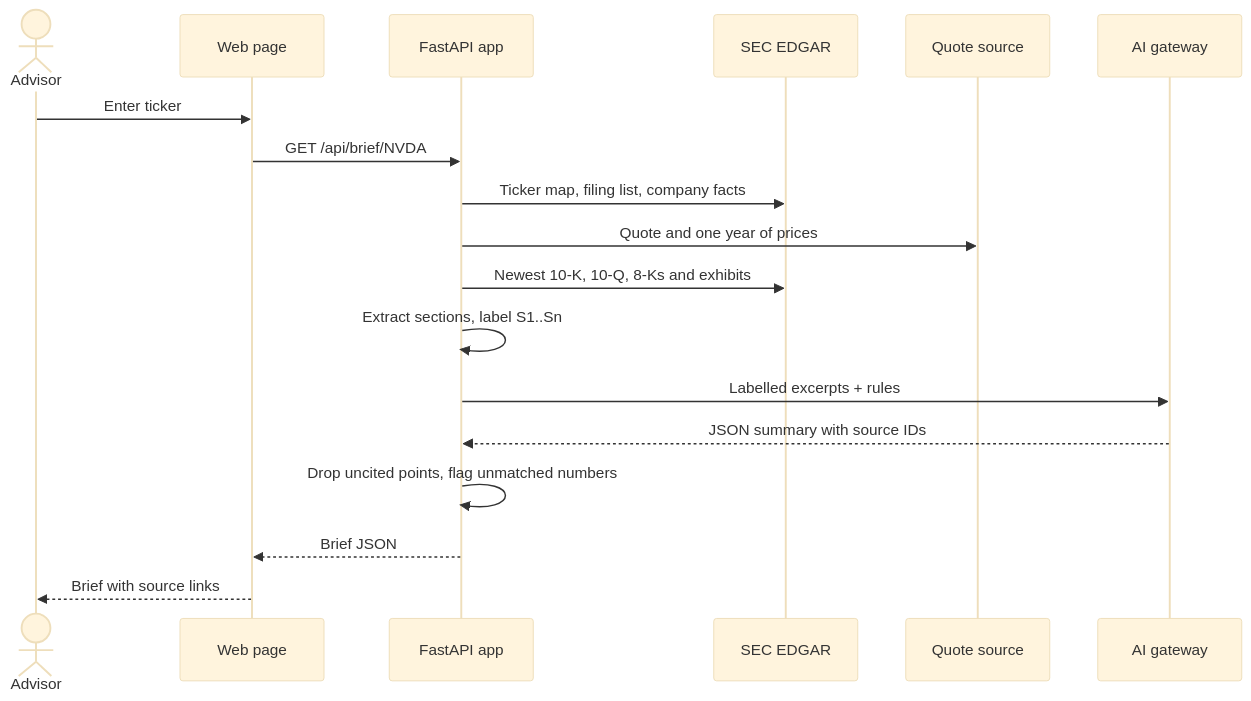
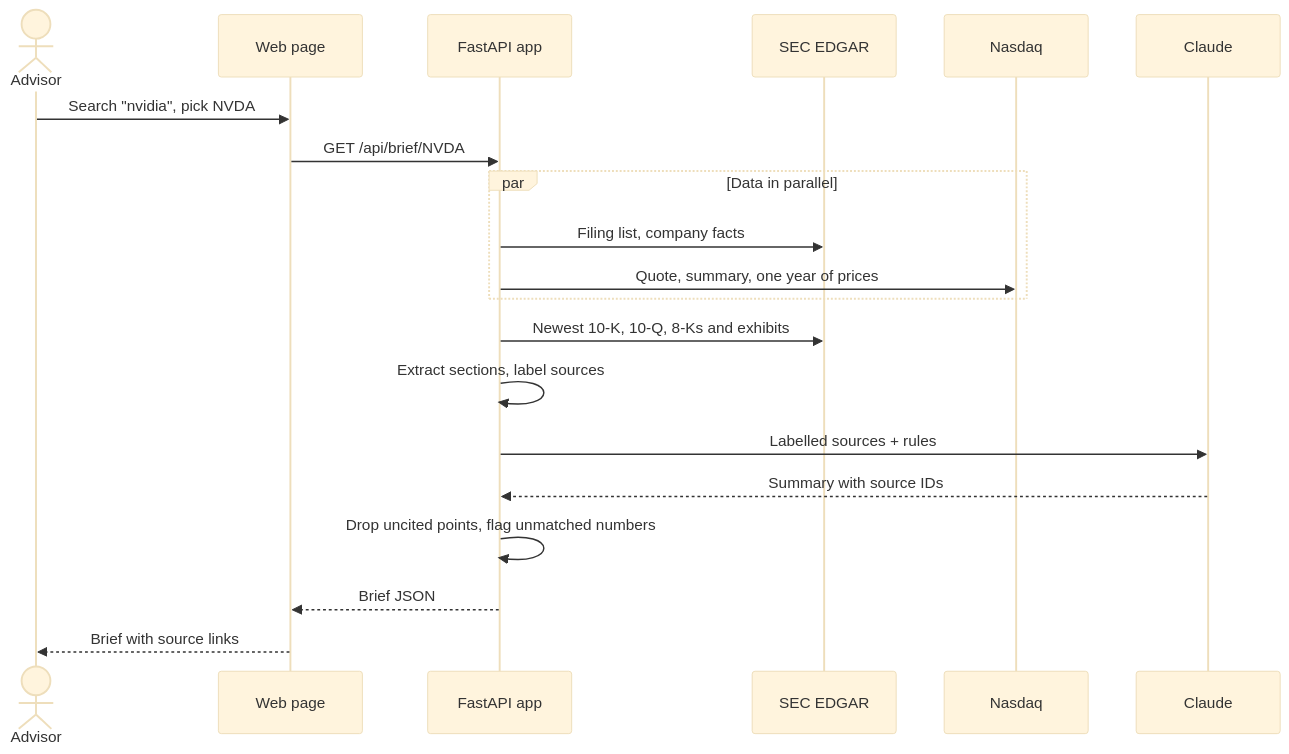
One commit to AaronNHorvitz/TickerAgent changed the second of 5 diagrams in docs/ARCHITECTURE.md. Above: the diagram before and after it, drawn with Mermaid (base theme). The commit also changed other lines of this file and 4 other files, not shown here.

First line of the commit message:
Plan Nasdaq data, Claude API chat and Lightsail deploy

````diff
--- a/docs/ARCHITECTURE.md
+++ b/docs/ARCHITECTURE.md
@@ -66,21 +75,23 @@
 ```mermaid
 sequenceDiagram
     actor A as Advisor
     participant W as Web page
     participant S as FastAPI app
     participant E as SEC EDGAR
-    participant Q as Quote source
-    participant M as AI gateway
+    participant N as Nasdaq
+    participant M as Claude
 
-    A->>W: Enter ticker
+    A->>W: Search "nvidia", pick NVDA
     W->>S: GET /api/brief/NVDA
-    S->>E: Ticker map, filing list, company facts
-    S->>Q: Quote and one year of prices
+    par Data in parallel
+        S->>E: Filing list, company facts
+        S->>N: Quote, summary, one year of prices
+    end
     S->>E: Newest 10-K, 10-Q, 8-Ks and exhibits
-    S->>S: Extract sections, label S1..Sn
-    S->>M: Labelled excerpts + rules
-    M-->>S: JSON summary with source IDs
+    S->>S: Extract sections, label sources
+    S->>M: Labelled sources + rules
+    M-->>S: Summary with source IDs
     S->>S: Drop uncited points, flag unmatched numbers
     S-->>W: Brief JSON
     W-->>A: Brief with source links
 ```
````
